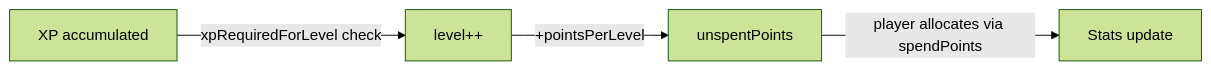
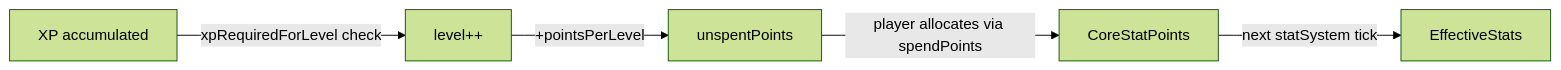
One commit to nalfeo/Crawler changed the second of 6 diagrams in docs/systems/05-progression.md. Above: the diagram before and after it, drawn with Mermaid (forest theme). The commit also changed other lines of this file and 132 other files, not shown here.

````diff
--- a/docs/systems/05-progression.md
+++ b/docs/systems/05-progression.md
@@ -83,6 +98,7 @@
 ```mermaid
 graph LR
     XP[XP accumulated] -->|xpRequiredForLevel check| LVL[level++]
     LVL -->|+pointsPerLevel| PTS[unspentPoints]
-    PTS -->|player allocates via spendPoints| STATS[Stats update]
+    PTS -->|player allocates via spendPoints| CSP[CoreStatPoints]
+    CSP -->|next statSystem tick| ES[EffectiveStats]
 ```
````
